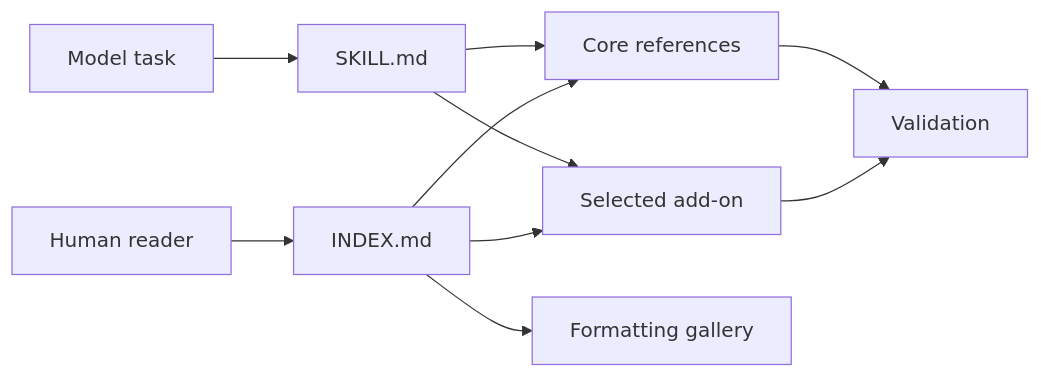
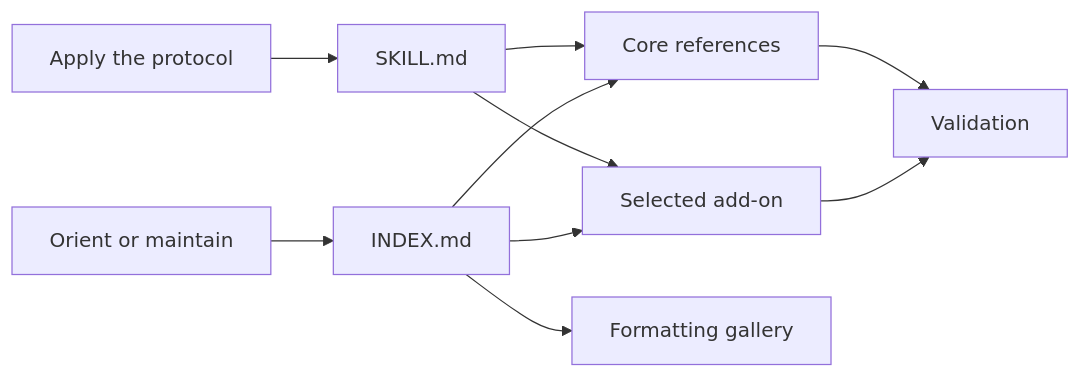
The diagram in INDEX.md (geekybobz/markdown-protocol), drawn with Mermaid before and after one commit. The commit also changed other lines of this file and 14 other files, not shown here.

````diff
--- a/INDEX.md
+++ b/INDEX.md
@@ -30,12 +30,12 @@
 ```mermaid
 flowchart LR
-    Task[Model task] --> Skill[SKILL.md]
-    Reader[Human reader] --> Index[INDEX.md]
+    Task[Apply the protocol] --> Skill[SKILL.md]
+    Orient[Orient or maintain] --> Index[INDEX.md]
     Skill --> Core[Core references]
     Skill --> Addons[Selected add-on]
     Index --> Core
     Index --> Addons
     Index --> Gallery[Formatting gallery]
     Core --> Check[Validation]
     Addons --> Check
 ```
````
